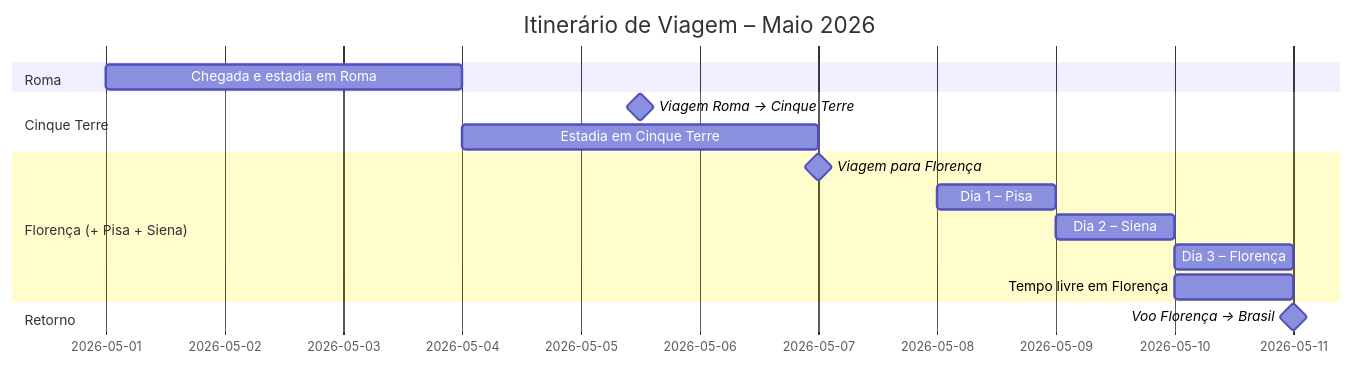
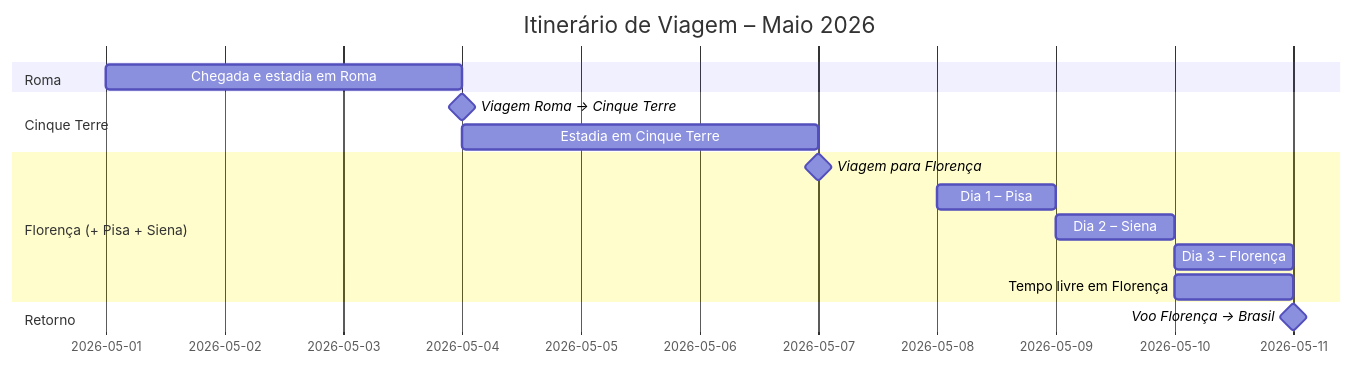
One commit to paulovcastagnari/planejamento-viagem-2026 changed the first of 2 diagrams in README.md. Above: the diagram before and after it, drawn with Mermaid.

````diff
--- a/README.md
+++ b/README.md
@@ -21,22 +21,22 @@
 ```mermaid
 gantt
     dateFormat  YYYY-MM-DD
     title Itinerário de Viagem – Maio 2026
 
     section Roma
     Chegada e estadia em Roma     :2026-05-01, 3d
 
     section Cinque Terre
-    Viagem Roma → Cinque Terre   :milestone, ct_arrive, 2026-05-04, 3d
+    Viagem Roma → Cinque Terre   :milestone, ct_arrive, 2026-05-04, 0d
     Estadia em Cinque Terre      :2026-05-04, 2.5d
 
     section Florença (+ Pisa + Siena)
     Viagem para Florença         :milestone, fl_arrive, 2026-05-07, 0d
     Dia 1 – Pisa                 :2026-05-08, 1d
     Dia 2 – Siena                :2026-05-09, 1d
     Dia 3 – Florença             :2026-05-10, 1d
     Tempo livre em Florença      :2026-05-10, 1d
 
     section Retorno
     Voo Florença → Brasil        :milestone, return_bra, 2026-05-11, 0d
 ```
````
